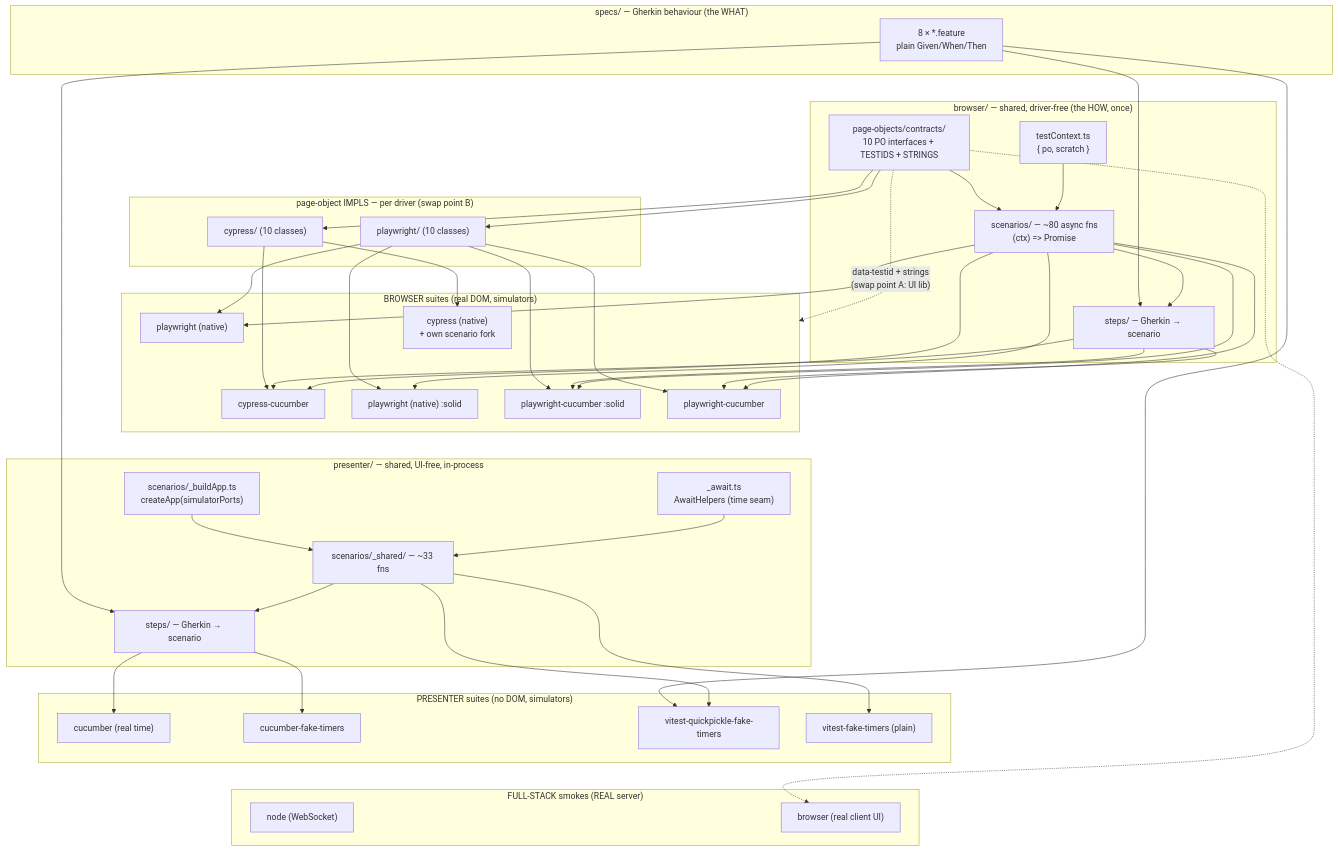
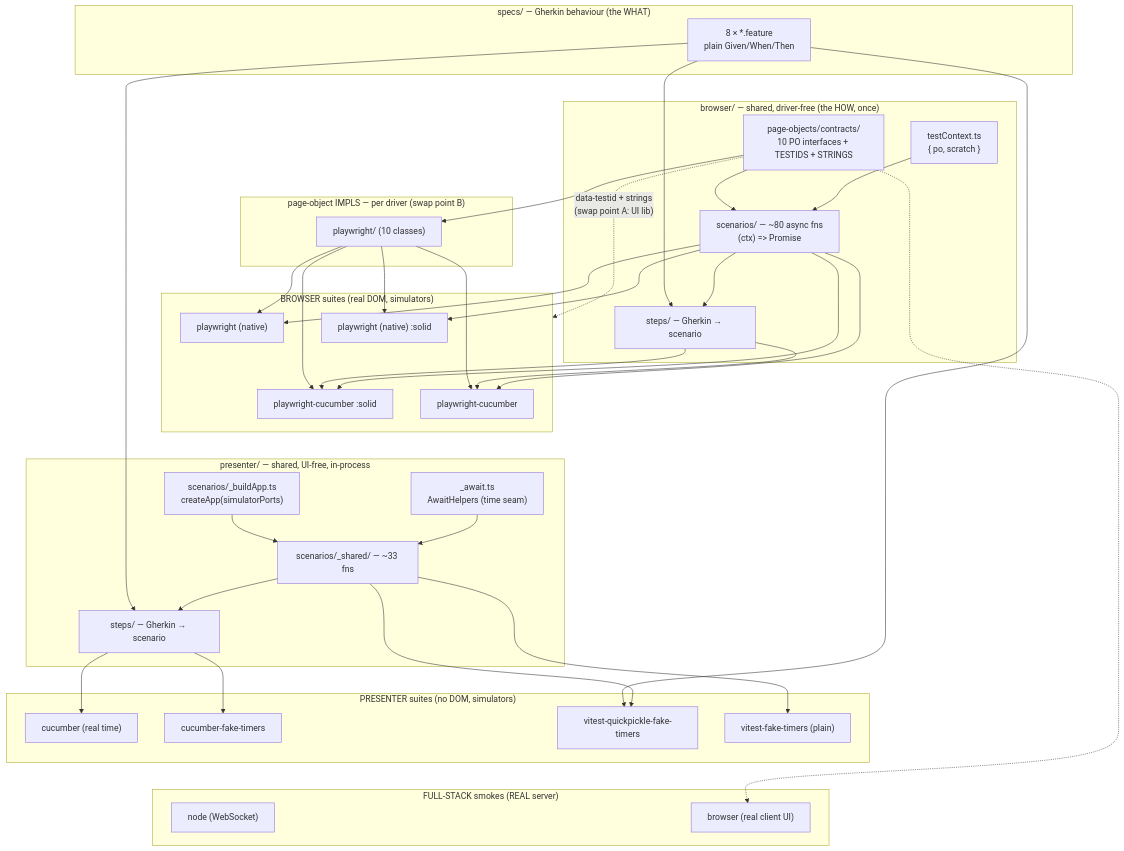
One commit to bettersoftware-io/ReactiveTraderCloudClone changed the diagram in tests/STRATEGY.md. Above: the diagram before and after it, drawn with Mermaid. The commit also changed other lines of this file and 80 other files, not shown here.

First line of the commit message:
refactor(e2e)!: delete both Cypress suites — native Playwright is the browser-driver verdict

```diff
--- a/tests/STRATEGY.md
+++ b/tests/STRATEGY.md
@@ -172,16 +176,13 @@
 
     subgraph DRV["page-object IMPLS — per driver (swap point B)"]
         PWPO["playwright/ (10 classes)"]
-        CYPO["cypress/ (10 classes)"]
     end
 
     subgraph BROWSER["BROWSER suites (real DOM, simulators)"]
         B1["playwright (native)"]
         B2["playwright-cucumber"]
-        B3["cypress-cucumber"]
-        B4["cypress (native)<br/>+ own scenario fork"]
-        B5["playwright (native) :solid"]
-        B6["playwright-cucumber :solid"]
+        B3["playwright (native) :solid"]
+        B4["playwright-cucumber :solid"]
     end
 
     subgraph PRES["PRESENTER suites (no DOM, simulators)"]
@@ -201,24 +202,19 @@
     FEAT --> P3
     CONTRACTS --> BSCEN
     CONTRACTS --> PWPO
-    CONTRACTS --> CYPO
     BSCEN --> BSTEPS
     BCTX --> BSCEN
 
     PWPO --> B1
     PWPO --> B2
-    CYPO --> B3
-    CYPO --> B4
-    PWPO --> B5
-    PWPO --> B6
+    PWPO --> B3
+    PWPO --> B4
     BSTEPS --> B2
-    BSTEPS --> B3
-    BSTEPS --> B6
+    BSTEPS --> B4
     BSCEN --> B1
     BSCEN --> B2
     BSCEN --> B3
-    BSCEN --> B5
-    BSCEN --> B6
+    BSCEN --> B4
 
     BUILD --> PSCEN
     AWAIT --> PSCEN
@@ -235,7 +231,7 @@
     %% doesn't tile the subgraphs side-by-side and shrink the whole diagram.
     FEAT ~~~ CONTRACTS
     FEAT ~~~ BCTX
-    B4 ~~~ B5
+    B3 ~~~ B4
     B1 ~~~ BUILD
     B2 ~~~ AWAIT
     P2 ~~~ F1
```
